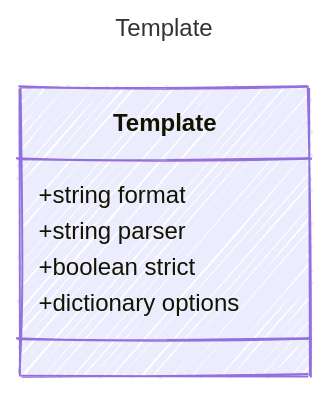
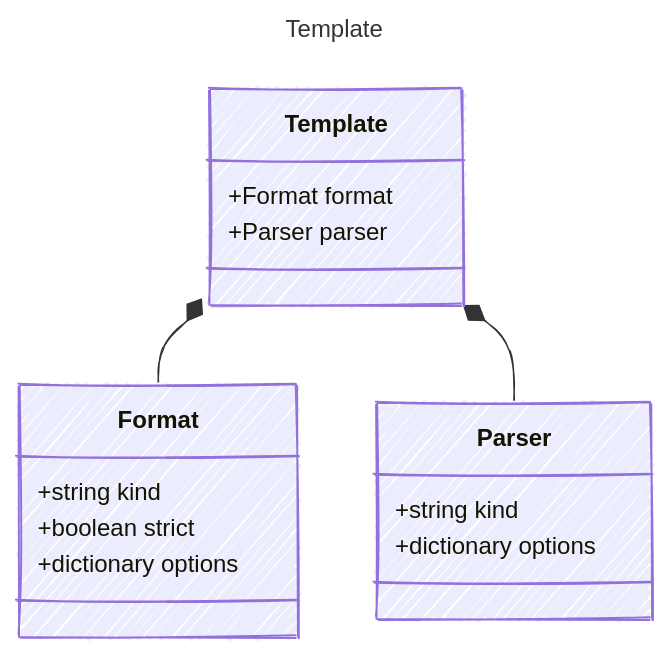
The diagram in specification/prompty/docs/Template.md (microsoft/prompty), drawn with Mermaid before and after one commit. The commit also changed other lines of this file and 5 other files, not shown here.

````diff
--- a/specification/prompty/docs/Template.md
+++ b/specification/prompty/docs/Template.md
@@ -14,17 +14,26 @@
 ```mermaid
 ---
 title: Template
 config:
   look: handDrawn
   theme: colorful
   class:
     hideEmptyMembersBox: true
 ---
 classDiagram
     class Template {
-        +string format
-        +string parser
+        +Format format
+        +Parser parser
+    }
+    class Format {
+        +string kind
         +boolean strict
         +dictionary options
     }
+    Template *-- Format
+    class Parser {
+        +string kind
+        +dictionary options
+    }
+    Template *-- Parser
 ```
````
